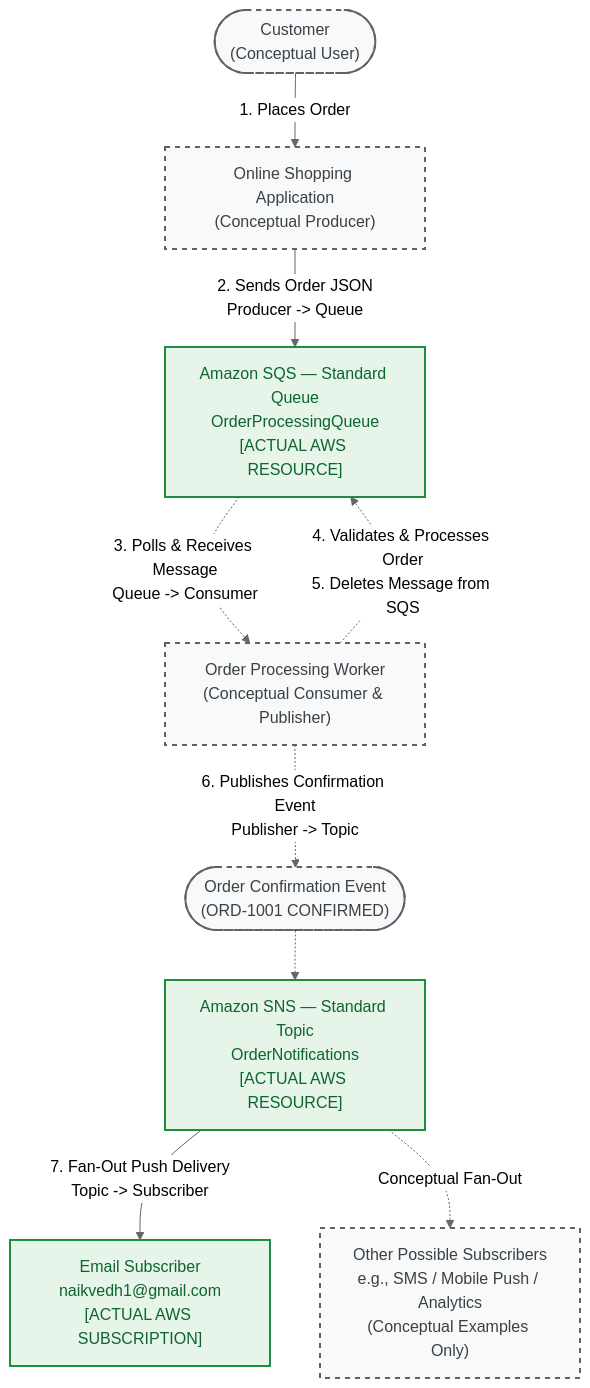
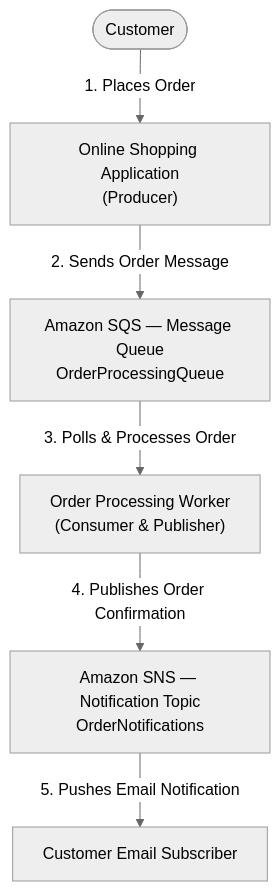
Before and after one commit to VoidVedh/AWS-internal-project: the diagram in ARCHITECTURE.md, drawn with Mermaid (neutral theme). The commit also changed other lines of this file and 5 other files, not shown here.

````diff
--- a/ARCHITECTURE.md
+++ b/ARCHITECTURE.md
@@ -15,26 +7,15 @@
 ```mermaid
 flowchart TD
-    Customer(["Customer\n(Conceptual User)"])
-    App["Online Shopping Application\n(Conceptual Producer)"]
-    SQS["Amazon SQS — Standard Queue\nOrderProcessingQueue\n[ACTUAL AWS RESOURCE]"]
-    Worker["Order Processing Worker\n(Conceptual Consumer & Publisher)"]
-    Event(["Order Confirmation Event\n(ORD-1001 CONFIRMED)"])
-    SNS["Amazon SNS — Standard Topic\nOrderNotifications\n[ACTUAL AWS RESOURCE]"]
-    EmailSub["Email Subscriber\nnaikvedh1@gmail.com\n[ACTUAL AWS SUBSCRIPTION]"]
-    OtherSubs["Other Possible Subscribers\ne.g., SMS / Mobile Push / Analytics\n(Conceptual Examples Only)"]
+    Customer(["Customer"])
+    App["Online Shopping Application\n(Producer)"]
+    SQS["Amazon SQS — Message Queue\nOrderProcessingQueue"]
+    Worker["Order Processing Worker\n(Consumer & Publisher)"]
+    SNS["Amazon SNS — Notification Topic\nOrderNotifications"]
+    EmailSub["Customer Email Subscriber"]
 
     Customer -->|1. Places Order| App
-    App -->|2. Sends Order JSON\nProducer -> Queue| SQS
-    SQS -.->|3. Polls & Receives Message\nQueue -> Consumer| Worker
-    Worker -.->|4. Validates & Processes Order\n5. Deletes Message from SQS| SQS
-    Worker -.->|6. Publishes Confirmation Event\nPublisher -> Topic| Event
-    Event -.-> SNS
-    SNS -->|7. Fan-Out Push Delivery\nTopic -> Subscriber| EmailSub
-    SNS -.->|Conceptual Fan-Out| OtherSubs
-
-    classDef actual fill:#e6f4ea,stroke:#1e8e3e,stroke-width:2px,color:#0d652d;
-    classDef conceptual fill:#f8f9fa,stroke:#5f6368,stroke-width:2px,stroke-dasharray: 5 5,color:#3c4043;
-
-    class SQS,SNS,EmailSub actual;
-    class Customer,App,Worker,Event,OtherSubs conceptual;
+    App -->|2. Sends Order Message| SQS
+    SQS -->|3. Polls & Processes Order| Worker
+    Worker -->|4. Publishes Order Confirmation| SNS
+    SNS -->|5. Pushes Email Notification| EmailSub
 ```
````
